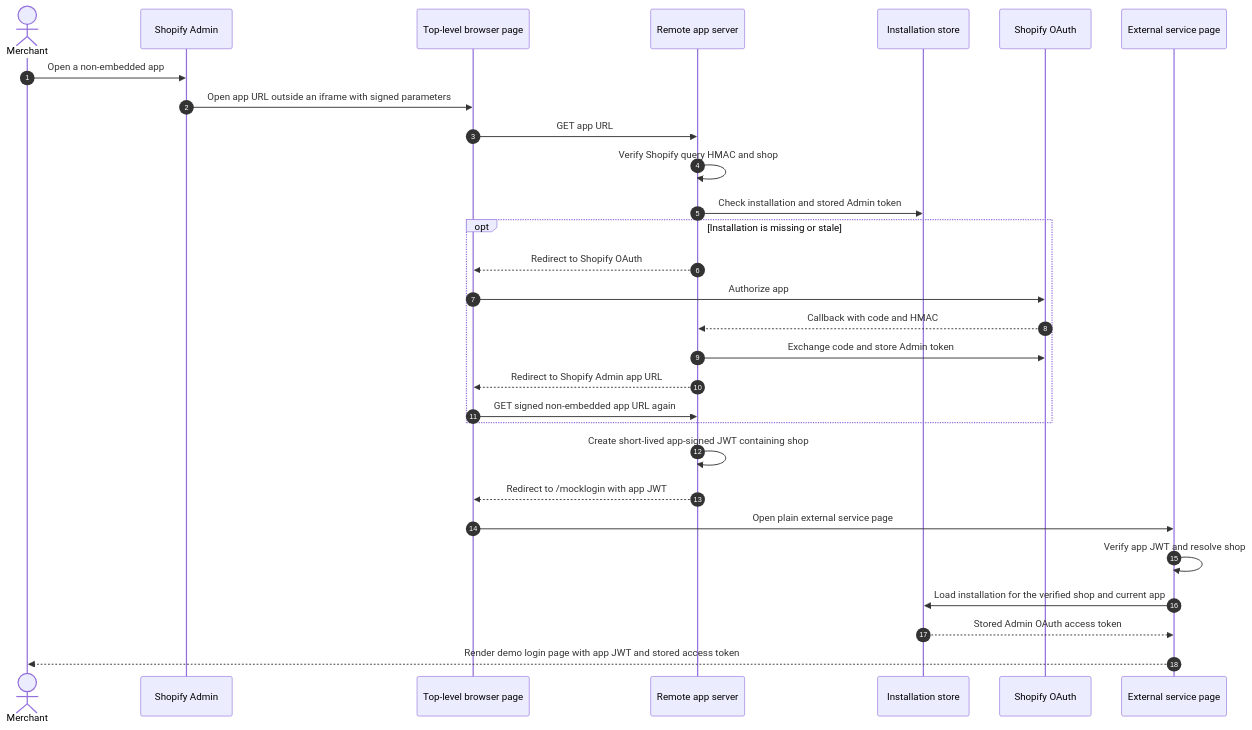
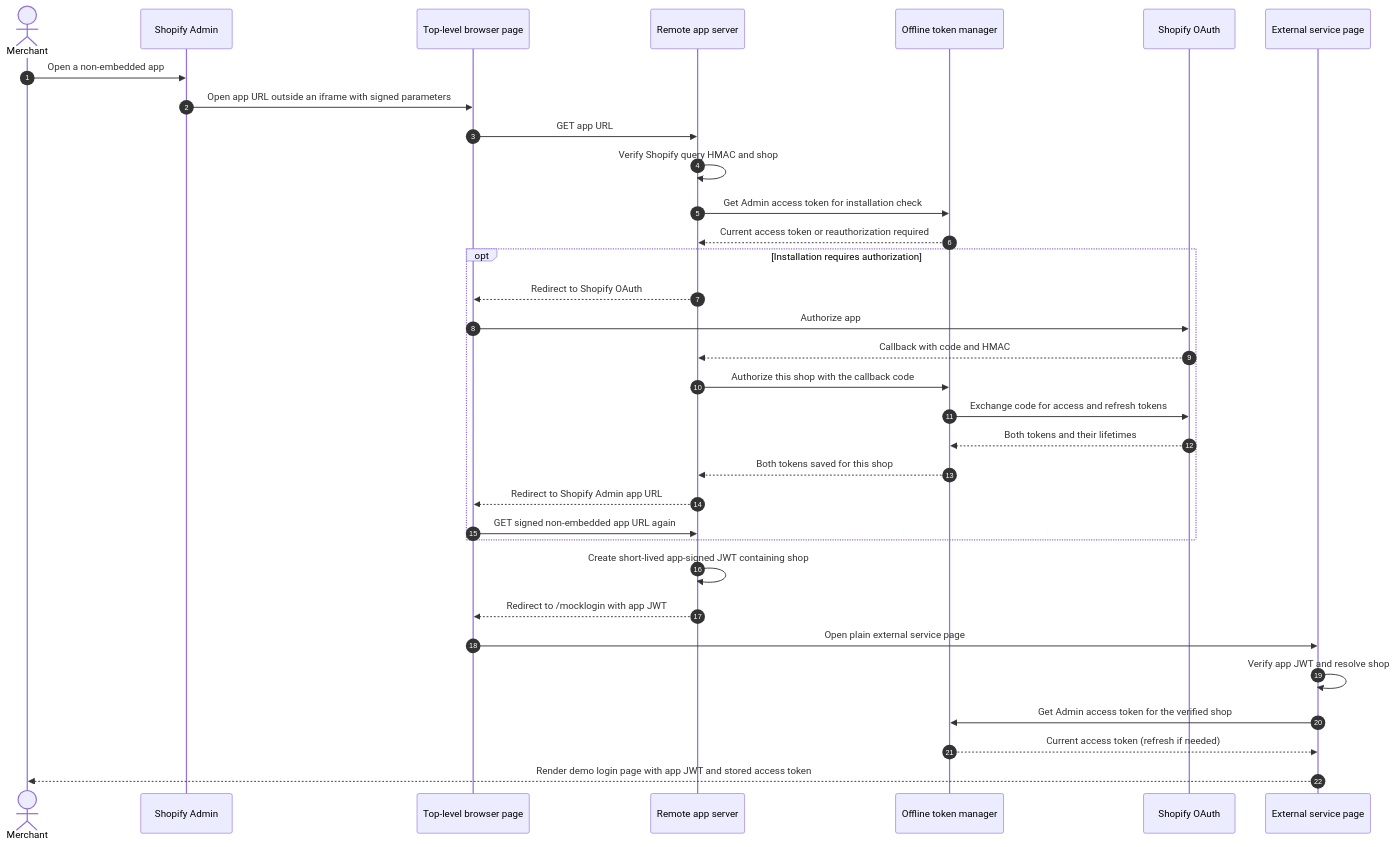
One commit to benzookapi/shopify-barebone-app-sample changed the third of 8 diagrams in docs/00-ARCHITECTURE.md. Above: the diagram before and after it, drawn with Mermaid. The commit also changed other lines of this file, not shown here.

Commit message:
Clarify offline token pairs, locking, and connector refresh

````diff
--- a/docs/00-ARCHITECTURE.md
+++ b/docs/00-ARCHITECTURE.md
@@ -110,32 +113,36 @@
 ```mermaid
 sequenceDiagram
     autonumber
     actor Merchant
     participant Admin as Shopify Admin
     participant Browser as Top-level browser page
     participant App as Remote app server
-    participant Store as Installation store
+    participant Tokens as Offline token manager
     participant OAuth as Shopify OAuth
     participant Service as External service page
 
     Merchant->>Admin: Open a non-embedded app
     Admin->>Browser: Open app URL outside an iframe with signed parameters
     Browser->>App: GET app URL
     App->>App: Verify Shopify query HMAC and shop
-    App->>Store: Check installation and stored Admin token
-    opt Installation is missing or stale
+    App->>Tokens: Get Admin access token for installation check
+    Tokens-->>App: Current access token or reauthorization required
+    opt Installation requires authorization
         App-->>Browser: Redirect to Shopify OAuth
         Browser->>OAuth: Authorize app
         OAuth-->>App: Callback with code and HMAC
-        App->>OAuth: Exchange code and store Admin token
+        App->>Tokens: Authorize this shop with the callback code
+        Tokens->>OAuth: Exchange code for access and refresh tokens
+        OAuth-->>Tokens: Both tokens and their lifetimes
+        Tokens-->>App: Both tokens saved for this shop
         App-->>Browser: Redirect to Shopify Admin app URL
         Browser->>App: GET signed non-embedded app URL again
     end
     App->>App: Create short-lived app-signed JWT containing shop
     App-->>Browser: Redirect to /mocklogin with app JWT
     Browser->>Service: Open plain external service page
     Service->>Service: Verify app JWT and resolve shop
-    Service->>Store: Load installation for the verified shop and current app
-    Store-->>Service: Stored Admin OAuth access token
+    Service->>Tokens: Get Admin access token for the verified shop
+    Tokens-->>Service: Current access token (refresh if needed)
     Service-->>Merchant: Render demo login page with app JWT and stored access token
 ```
````
